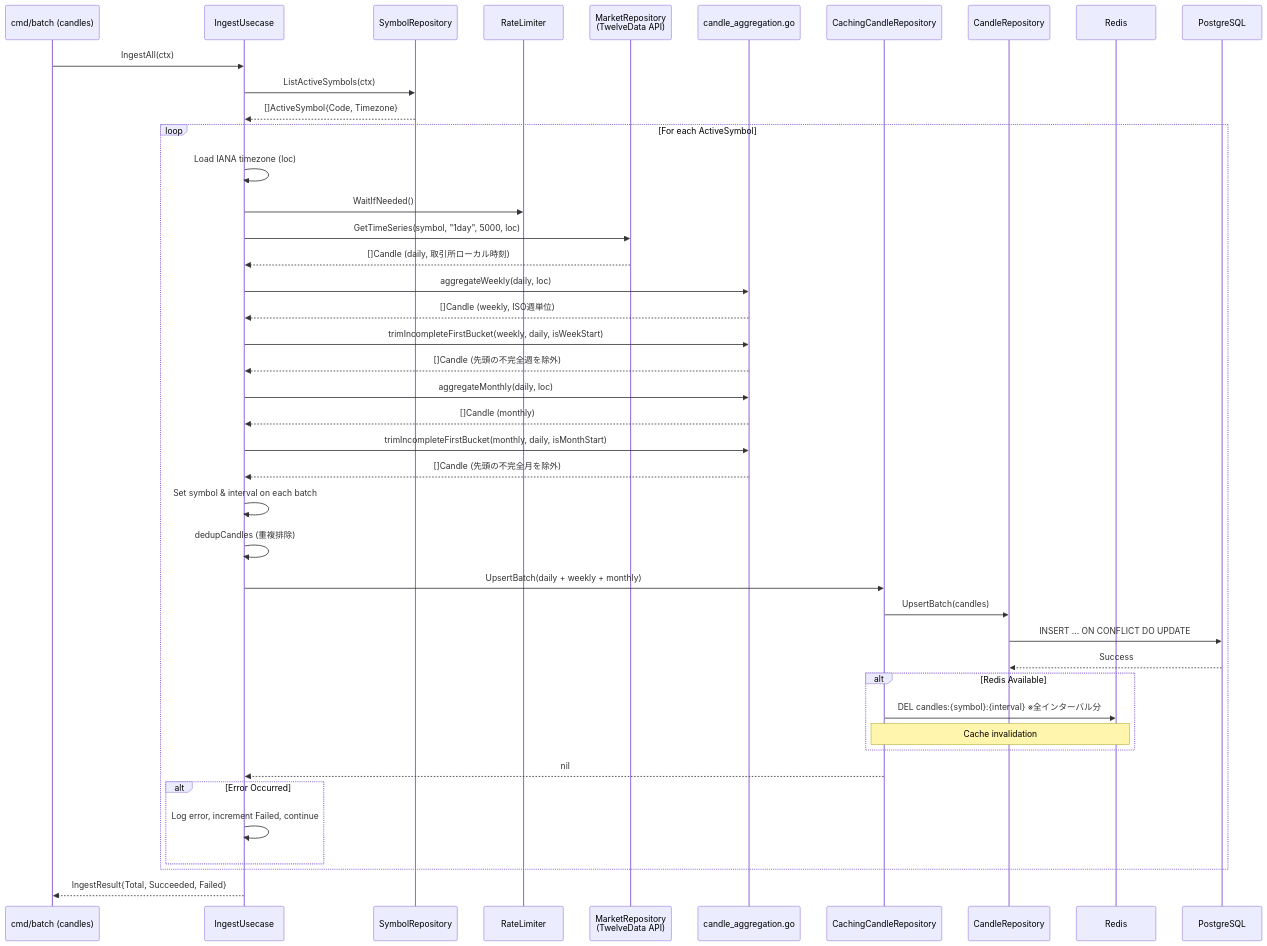
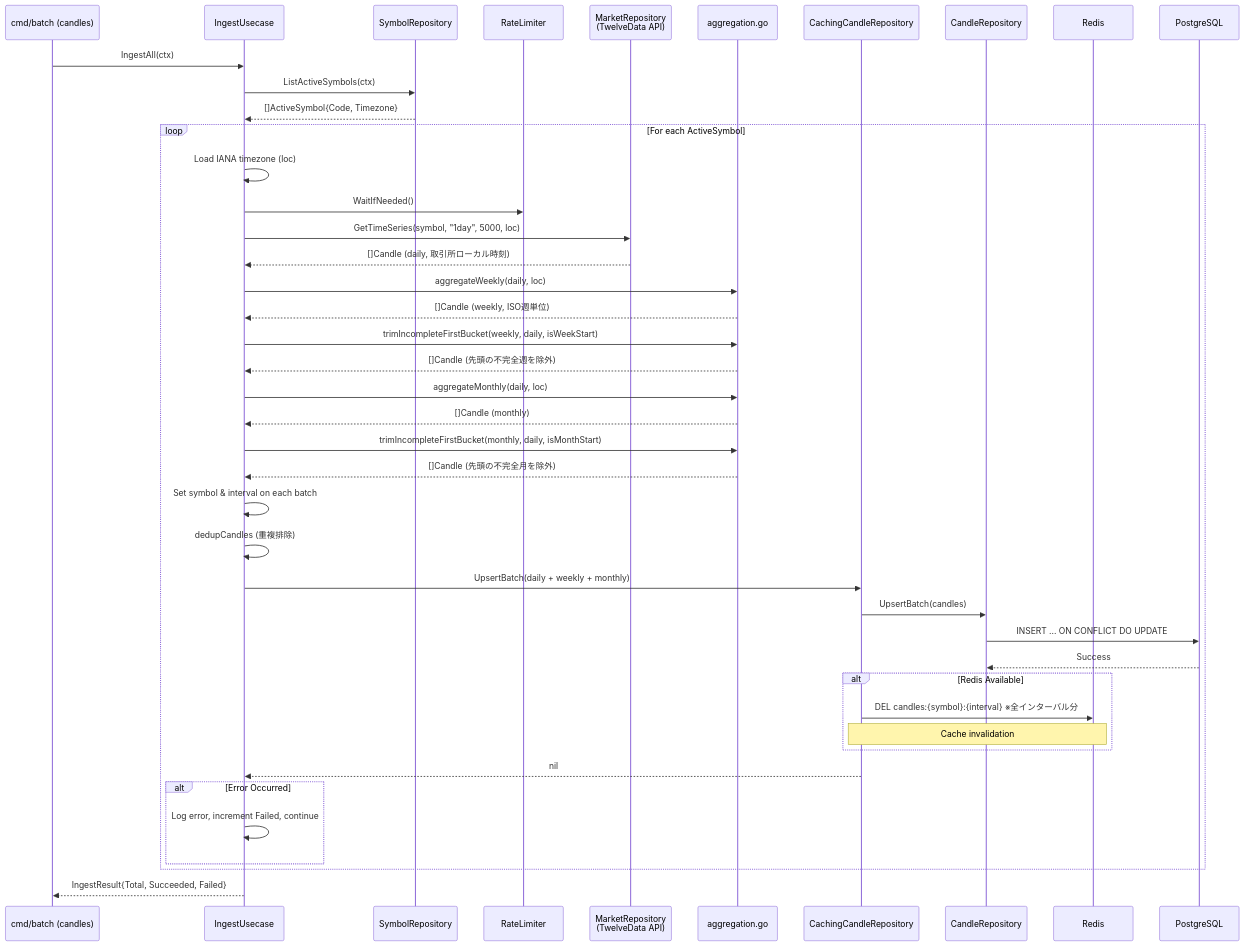
Before and after one commit to UCHIDAnobuhiro/stock_backend: the second of 3 diagrams in internal/feature/candles/README.md, drawn with Mermaid. The commit also changed other lines of this file and 6 other files, not shown here.

````diff
--- a/internal/feature/candles/README.md
+++ b/internal/feature/candles/README.md
@@ -67,54 +67,54 @@
 ```mermaid
 sequenceDiagram
     participant Main as cmd/batch (candles)
     participant Usecase as IngestUsecase
     participant SymbolRepo as SymbolRepository
     participant RateLimiter
     participant Market as MarketRepository<br/>(TwelveData API)
-    participant Aggregation as candle_aggregation.go
+    participant Aggregation as aggregation.go
     participant Cache as CachingCandleRepository
     participant Repository as CandleRepository
     participant Redis
     participant DB as PostgreSQL
 
     Main->>Usecase: IngestAll(ctx)
     Usecase->>SymbolRepo: ListActiveSymbols(ctx)
     SymbolRepo-->>Usecase: []ActiveSymbol{Code, Timezone}
 
     loop For each ActiveSymbol
         Usecase->>Usecase: Load IANA timezone (loc)
         Usecase->>RateLimiter: WaitIfNeeded()
         Usecase->>Market: GetTimeSeries(symbol, "1day", 5000, loc)
         Market-->>Usecase: []Candle (daily, 取引所ローカル時刻)
 
         Usecase->>Aggregation: aggregateWeekly(daily, loc)
         Aggregation-->>Usecase: []Candle (weekly, ISO週単位)
         Usecase->>Aggregation: trimIncompleteFirstBucket(weekly, daily, isWeekStart)
         Aggregation-->>Usecase: []Candle (先頭の不完全週を除外)
 
         Usecase->>Aggregation: aggregateMonthly(daily, loc)
         Aggregation-->>Usecase: []Candle (monthly)
         Usecase->>Aggregation: trimIncompleteFirstBucket(monthly, daily, isMonthStart)
         Aggregation-->>Usecase: []Candle (先頭の不完全月を除外)
 
         Usecase->>Usecase: Set symbol & interval on each batch
         Usecase->>Usecase: dedupCandles (重複排除)
         Usecase->>Cache: UpsertBatch(daily + weekly + monthly)
         Cache->>Repository: UpsertBatch(candles)
         Repository->>DB: INSERT ... ON CONFLICT DO UPDATE
         DB-->>Repository: Success
 
         alt Redis Available
             Cache->>Redis: DEL candles:{symbol}:{interval} ※全インターバル分
             Note over Cache,Redis: Cache invalidation
         end
 
         Cache-->>Usecase: nil
 
         alt Error Occurred
             Usecase->>Usecase: Log error, increment Failed, continue
         end
     end
 
     Usecase-->>Main: IngestResult{Total, Succeeded, Failed}
 ```
````
